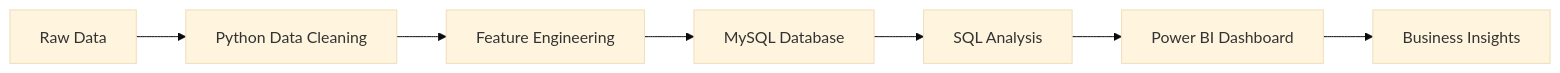
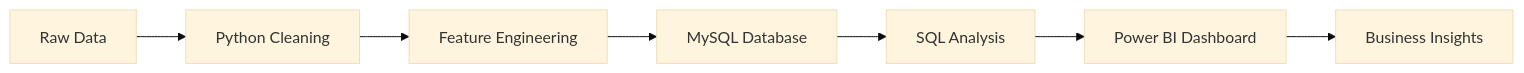
The diagram in README.md (Shridharpatil1958/E-Commerce-Product-Price-Analysis), drawn with Mermaid (base theme) before and after one commit. The commit also changed other lines of this file, not shown here.

````diff
--- a/README.md
+++ b/README.md
@@ -83,9 +81,9 @@
 ```mermaid
 graph LR
-A[Raw Data] --> B[Python Data Cleaning]
+A[Raw Data] --> B[Python Cleaning]
 B --> C[Feature Engineering]
 C --> D[MySQL Database]
 D --> E[SQL Analysis]
 E --> F[Power BI Dashboard]
 F --> G[Business Insights]
 ```
````
